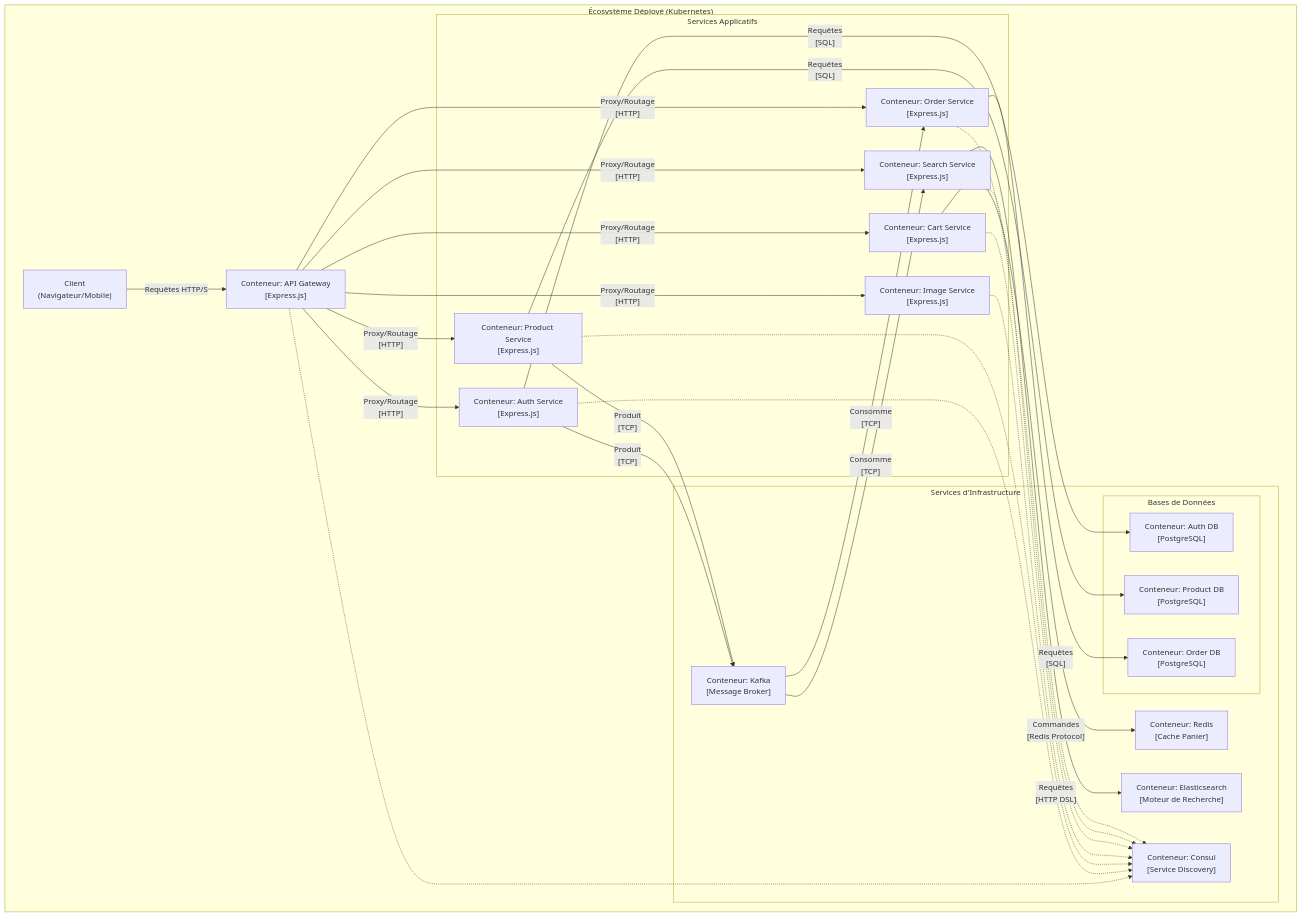
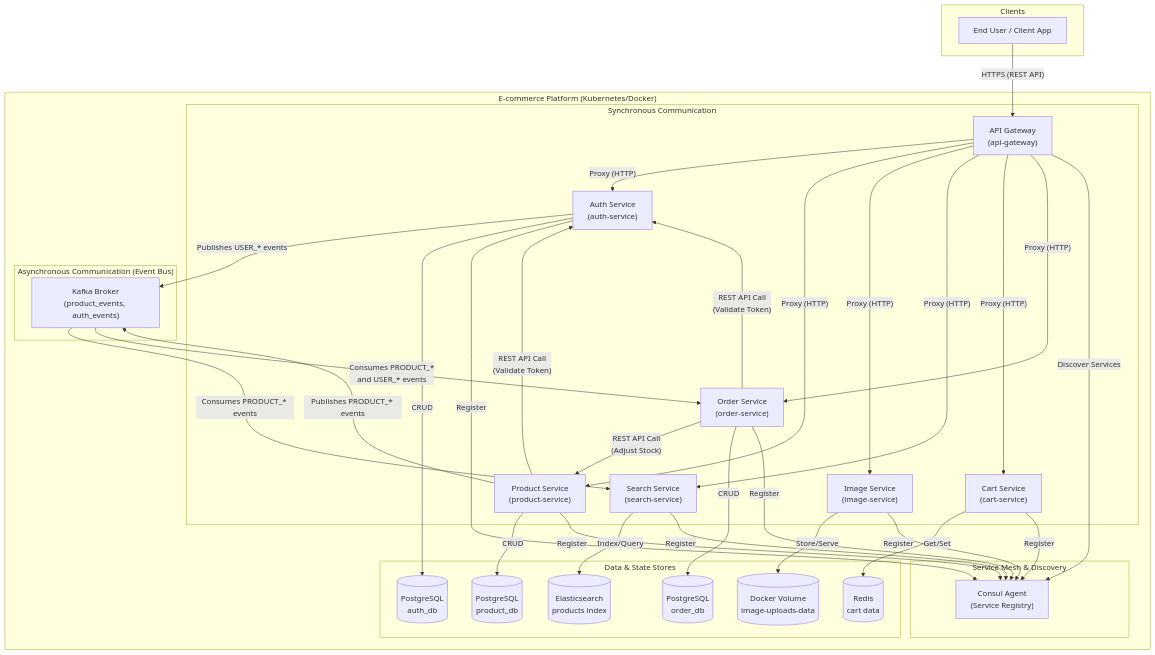
The first of 10 diagrams in MVP.md (HarcheSamir/esisba-lirmm-ecommerce), drawn with Mermaid before and after one commit. The commit also changed other lines of this file, not shown here.

````diff
--- a/MVP.md
+++ b/MVP.md
@@ -149,47 +145,60 @@
 ```mermaid
 graph TD
-    Client["Client<br/>(Navigateur/Mobile)"]
+    subgraph "Clients"
+        ClientApp["End User / Client App"]
+    end
 
-    subgraph "Écosystème Déployé (Kubernetes)"
-        API_Gateway["Conteneur: API Gateway<br/>[Express.js]"]
+    subgraph "E-commerce Platform (Kubernetes/Docker)"
+        ClientApp -- "HTTPS (REST API)" --> APIGateway["API Gateway<br>(api-gateway)"]
 
-        subgraph "Services Applicatifs"
-            Auth_Service["Conteneur: Auth Service<br/>[Express.js]"]
-            Product_Service["Conteneur: Product Service<br/>[Express.js]"]
-            Image_Service["Conteneur: Image Service<br/>[Express.js]"]
-            Cart_Service["Conteneur: Cart Service<br/>[Express.js]"]
-            Search_Service["Conteneur: Search Service<br/>[Express.js]"]
-            Order_Service["Conteneur: Order Service<br/>[Express.js]"]
+        subgraph "Synchronous Communication"
+            APIGateway -- "Proxy (HTTP)" --> AuthService["Auth Service<br>(auth-service)"]
+            APIGateway -- "Proxy (HTTP)" --> ProductService["Product Service<br>(product-service)"]
+            APIGateway -- "Proxy (HTTP)" --> ImageService["Image Service<br>(image-service)"]
+            APIGateway -- "Proxy (HTTP)" --> SearchService["Search Service<br>(search-service)"]
+            APIGateway -- "Proxy (HTTP)" --> CartService["Cart Service<br>(cart-service)"]
+            APIGateway -- "Proxy (HTTP)" --> OrderService["Order Service<br>(order-service)"]
+
+            OrderService -- "REST API Call<br>(Adjust Stock)" --> ProductService
+            ProductService -- "REST API Call<br>(Validate Token)" --> AuthService
+            OrderService -- "REST API Call<br>(Validate Token)" --> AuthService
         end
 
-        subgraph "Services d'Infrastructure"
-            Consul["Conteneur: Consul<br/>[Service Discovery]"]
-            Kafka_Bus["Conteneur: Kafka<br/>[Message Broker]"]
-            Elasticsearch["Conteneur: Elasticsearch<br/>[Moteur de Recherche]"]
-            Redis["Conteneur: Redis<br/>[Cache Panier]"]
-            
-            subgraph "Bases de Données"
-                Auth_DB["Conteneur: Auth DB<br/>[PostgreSQL]"]
-                Product_DB["Conteneur: Product DB<br/>[PostgreSQL]"]
-                Order_DB["Conteneur: Order DB<br/>[PostgreSQL]"]
-            end
+        subgraph "Asynchronous Communication (Event Bus)"
+            Kafka["Kafka Broker<br>(product_events, auth_events)"]
+            AuthService -- "Publishes USER_* events" --> Kafka
+            ProductService -- "Publishes PRODUCT_* events" --> Kafka
+
+            Kafka -- "Consumes PRODUCT_* events" --> SearchService
+            Kafka -- "Consumes PRODUCT_*<br>and USER_* events" --> OrderService
         end
 
-        Client -- "Requêtes HTTP/S" --> API_Gateway
+        subgraph "Data & State Stores"
+            AuthDB[("PostgreSQL<br>auth_db")]
+            ProductDB[("PostgreSQL<br>product_db")]
+            OrderDB[("PostgreSQL<br>order_db")]
+            Elasticsearch[("Elasticsearch<br>products index")]
+            Redis[("Redis<br>cart data")]
+            ImageVolume[("Docker Volume<br>image-uploads-data")]
+        end
 
-        API_Gateway -- "Proxy/Routage<br/>[HTTP]" --> Auth_Service & Product_Service & Image_Service & Cart_Service & Search_Service & Order_Service
+        subgraph "Service Mesh & Discovery"
+            Consul["Consul Agent<br>(Service Registry)"]
+        end
+    end
 
-        Auth_Service -- "Requêtes<br/>[SQL]" --> Auth_DB
-        Product_Service -- "Requêtes<br/>[SQL]" --> Product_DB
-        Order_Service -- "Requêtes<br/>[SQL]" --> Order_DB
-        Cart_Service -- "Commandes<br/>[Redis Protocol]" --> Redis
-        Search_Service -- "Requêtes<br/>[HTTP DSL]" --> Elasticsearch
+    AuthService -- "CRUD" --> AuthDB
+    ProductService -- "CRUD" --> ProductDB
+    OrderService -- "CRUD" --> OrderDB
+    ImageService -- "Store/Serve" --> ImageVolume
+    SearchService -- "Index/Query" --> Elasticsearch
+    CartService -- "Get/Set" --> Redis
 
-        Auth_Service -- "Produit<br/>[TCP]" --> Kafka_Bus
-        Product_Service -- "Produit<br/>[TCP]" --> Kafka_Bus
-
-        Kafka_Bus -- "Consomme<br/>[TCP]" --> Search_Service & Order_Service
-
-        API_Gateway & Auth_Service & Product_Service & Image_Service & Cart_Service & Search_Service & Order_Service -.-> Consul
-    end
+    APIGateway -- "Discover Services" --> Consul
+    AuthService -- "Register" --> Consul
+    ProductService -- "Register" --> Consul
+    ImageService -- "Register" --> Consul
+    SearchService -- "Register" --> Consul
+    CartService -- "Register" --> Consul
+    OrderService -- "Register" --> Consul
 ```
````
